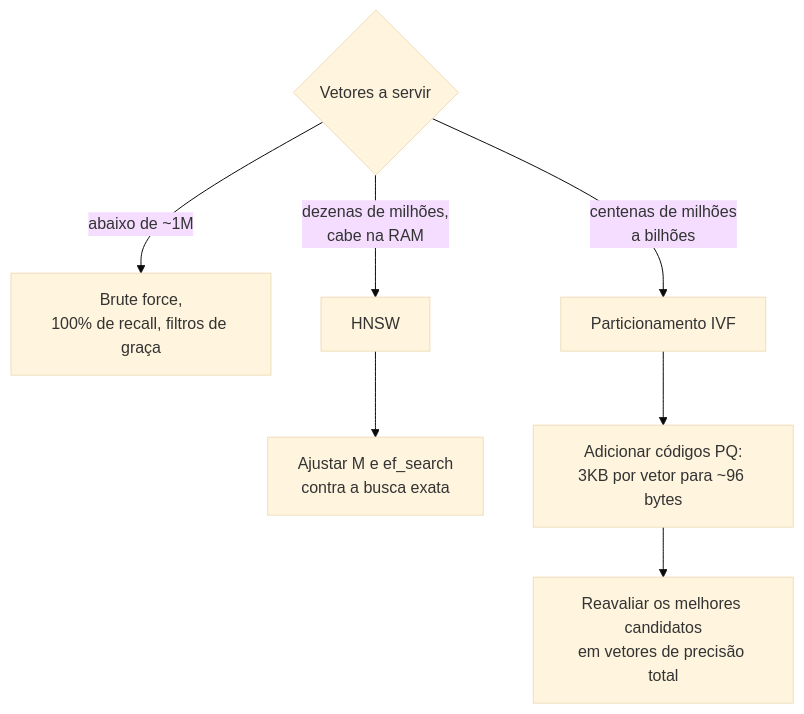
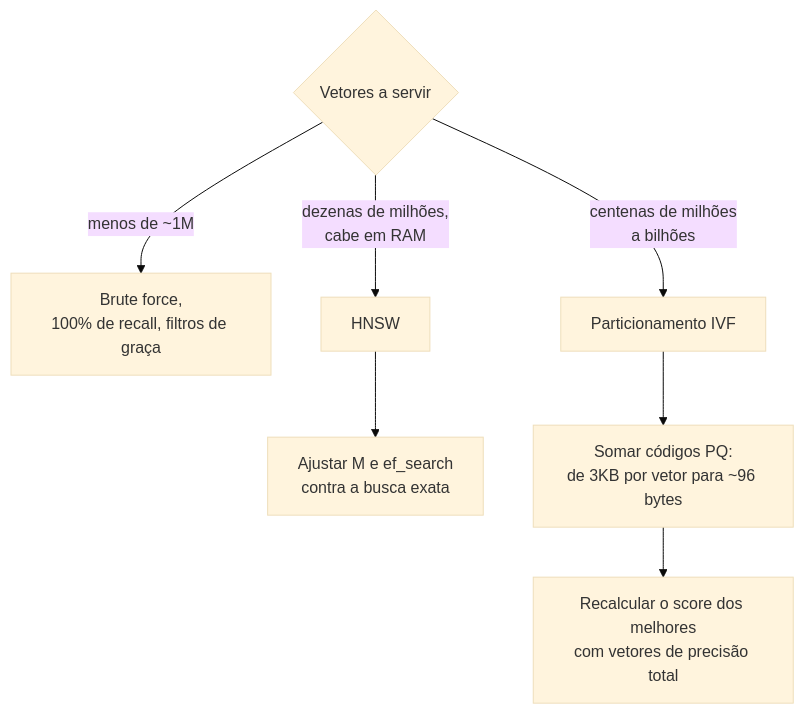
One commit to andrevberaldo/AI-Engineer-Interview-Questions changed diagram 11 of 30 in 04-rag-and-retrieval/questions.pt-BR.md. Above: the diagram before and after it, drawn with Mermaid (base theme). The commit also changed other lines of this file and 1 other file, not shown here.

````diff
--- a/04-rag-and-retrieval/questions.pt-BR.md
+++ b/04-rag-and-retrieval/questions.pt-BR.md
@@ -518,9 +518,9 @@
 ```mermaid
 flowchart TD
-    N{"Vetores a servir"} -->|"abaixo de ~1M"| F["Brute force,<br/>100% de recall, filtros de graça"]
-    N -->|"dezenas de milhões,<br/>cabe na RAM"| H["HNSW"]
+    N{"Vetores a servir"} -->|"menos de ~1M"| F["Brute force,<br/>100% de recall, filtros de graça"]
+    N -->|"dezenas de milhões,<br/>cabe em RAM"| H["HNSW"]
     N -->|"centenas de milhões<br/>a bilhões"| I["Particionamento IVF"]
     H --> T["Ajustar M e ef_search<br/>contra a busca exata"]
-    I --> P["Adicionar códigos PQ:<br/>3KB por vetor para ~96 bytes"]
-    P --> R["Reavaliar os melhores candidatos<br/>em vetores de precisão total"]
+    I --> P["Somar códigos PQ:<br/>de 3KB por vetor para ~96 bytes"]
+    P --> R["Recalcular o score dos melhores<br/>com vetores de precisão total"]
 ```
````
